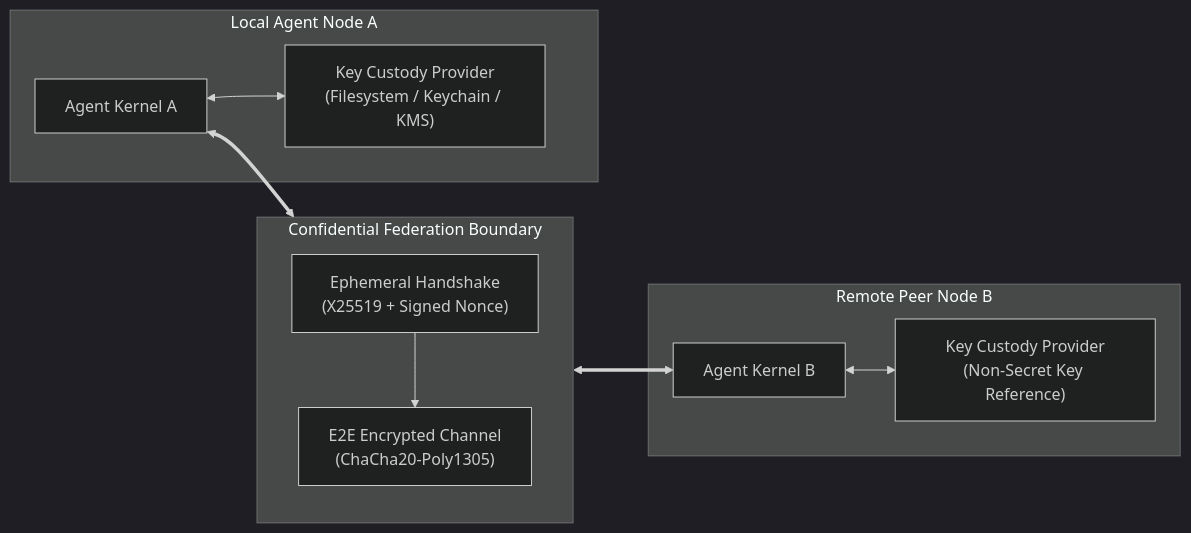
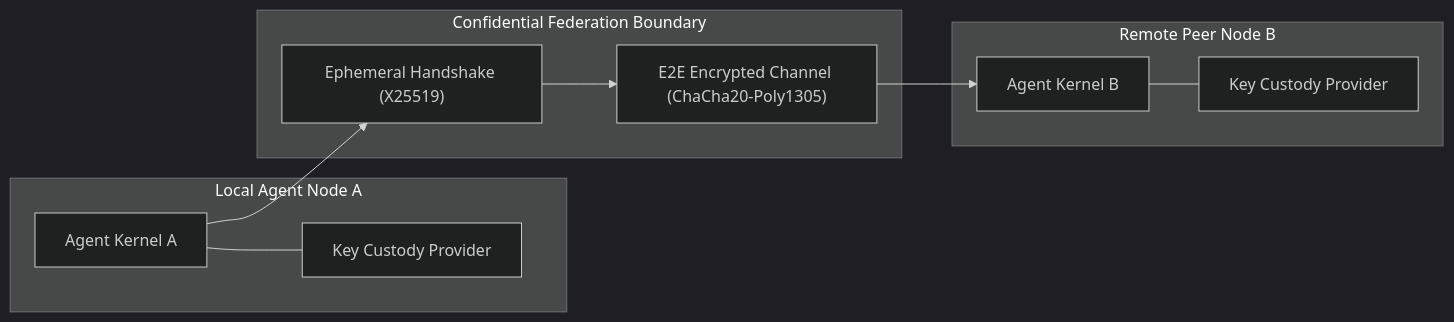
One commit to lunarcwhite/agentic-workflow-framework changed the second of 2 diagrams in README.md. Above: the diagram before and after it, drawn with Mermaid (dark theme). The commit also changed other lines of this file, not shown here.

Commit message:
fix(docs): resolve syntax errors in Mermaid diagrams causing infinite loading on GitHub

````diff
--- a/README.md
+++ b/README.md
@@ -41,22 +50,23 @@
 ```mermaid
 flowchart LR
     subgraph NodeA["Local Agent Node A"]
         A_Kernel["Agent Kernel A"]
-        A_Custody["Key Custody Provider<br/>(Filesystem / Keychain / KMS)"]
-        A_Kernel <--> A_Custody
+        A_Custody["Key Custody Provider"]
+        A_Kernel --- A_Custody
     end
 
     subgraph Transport["Confidential Federation Boundary"]
-        HS["Ephemeral Handshake<br/>(X25519 + Signed Nonce)"]
-        ENC["E2E Encrypted Channel<br/>(ChaCha20-Poly1305)"]
+        HS["Ephemeral Handshake (X25519)"]
+        ENC["E2E Encrypted Channel (ChaCha20-Poly1305)"]
         HS --> ENC
     end
 
     subgraph NodeB["Remote Peer Node B"]
         B_Kernel["Agent Kernel B"]
-        B_Custody["Key Custody Provider<br/>(Non-Secret Key Reference)"]
-        B_Kernel <--> B_Custody
+        B_Custody["Key Custody Provider"]
+        B_Kernel --- B_Custody
     end
 
-    A_Kernel <==> Transport <==> B_Kernel
+    A_Kernel --> HS
+    ENC --> B_Kernel
 ```
````
